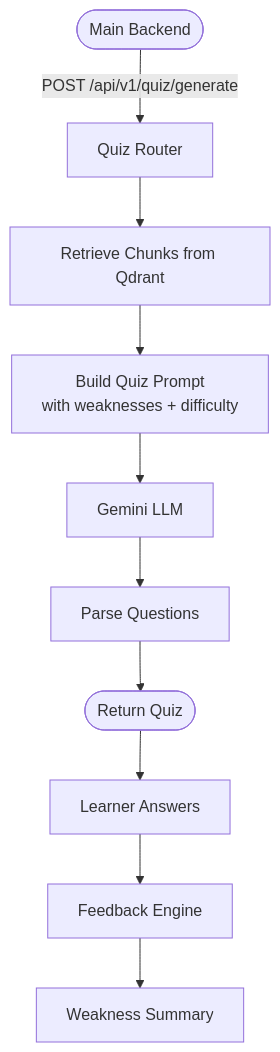
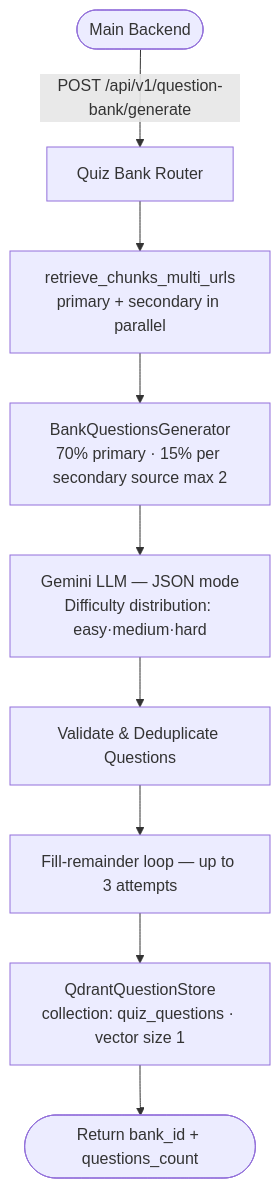
Before and after one commit to MohamedMagdy-203/learning-services: the fourth of 6 diagrams in README.md, drawn with Mermaid. The commit also changed other lines of this file, not shown here.

Commit message:
chore: Adding the quiz feature documentation to README

````diff
--- a/README.md
+++ b/README.md
@@ -162,12 +182,11 @@
 ```mermaid
 flowchart TD
-    A([Main Backend]) -->|POST /api/v1/quiz/generate| B[Quiz Router]
-    B --> C[Retrieve Chunks from Qdrant]
-    C --> D[Build Quiz Prompt\nwith weaknesses + difficulty]
-    D --> E[Gemini LLM]
-    E --> F[Parse Questions]
-    F --> G([Return Quiz])
-    G --> H[Learner Answers]
-    H --> I[Feedback Engine]
-    I --> J[Weakness Summary]
+    A([Main Backend]) -->|POST /api/v1/question-bank/generate| B[Quiz Bank Router]
+    B --> C[retrieve_chunks_multi_urls\nprimary + secondary in parallel]
+    C --> D[BankQuestionsGenerator\n70% primary · 15% per secondary source max 2]
+    D --> E[Gemini LLM — JSON mode\nDifficulty distribution: easy·medium·hard]
+    E --> F[Validate & Deduplicate Questions]
+    F --> G[Fill-remainder loop — up to 3 attempts]
+    G --> H[QdrantQuestionStore\ncollection: quiz_questions · vector size 1]
+    H --> I([Return bank_id + questions_count])
 ```
````
